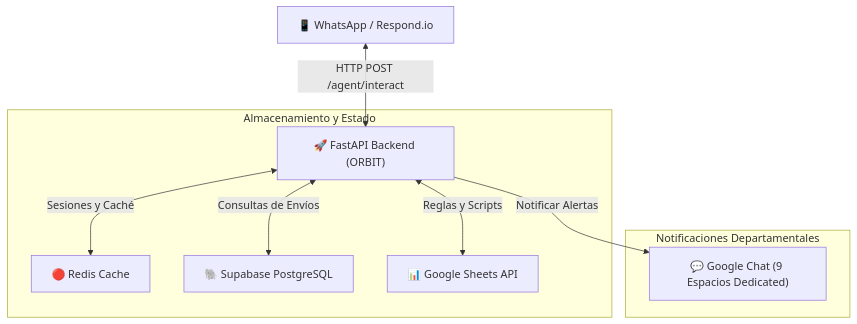
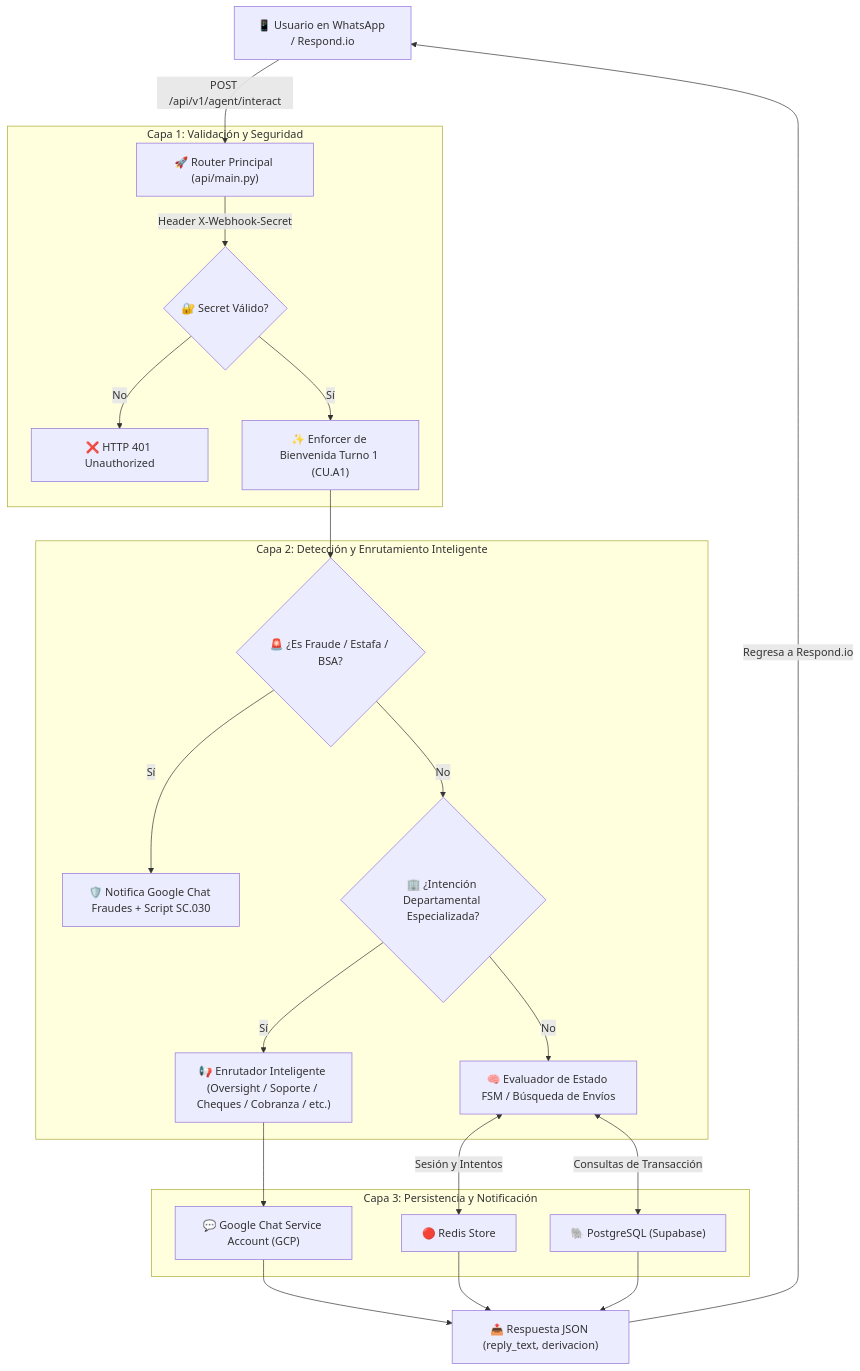
One commit to mxjhurtado-web/Ecosistema-Maxi changed the diagram in Middleware/respondio-middleware/MAPA_ARQUITECTURA_ORBIT.md. Above: the diagram before and after it, drawn with Mermaid. The commit also changed other lines of this file, not shown here.

Commit message:
docs: actualizar Manual Canonico de Arquitectura y Referencia Backend ORBIT v4.7

````diff
--- a/Middleware/respondio-middleware/MAPA_ARQUITECTURA_ORBIT.md
+++ b/Middleware/respondio-middleware/MAPA_ARQUITECTURA_ORBIT.md
@@ -11,14 +12,29 @@
 ```mermaid
 flowchart TD
-    WA["📱 WhatsApp / Respond.io"] <-->|HTTP POST /agent/interact| API["🚀 FastAPI Backend (ORBIT)"]
+    A["📱 Usuario en WhatsApp / Respond.io"] -->|POST /api/v1/agent/interact| B["🚀 Router Principal (api/main.py)"]
     
-    subgraph Almacenamiento y Estado
-        API <-->|Sesiones y Caché| REDIS["🔴 Redis Cache"]
-        API <-->|Consultas de Envíos| SUPA["🐘 Supabase PostgreSQL"]
-        API <-->|Reglas y Scripts| GSHEETS["📊 Google Sheets API"]
+    subgraph Capa 1: Validación y Seguridad
+        B -->|Header X-Webhook-Secret| C{"🔐 Secret Válido?"}
+        C -->|No| D["❌ HTTP 401 Unauthorized"]
+        C -->|Sí| E["✨ Enforcer de Bienvenida Turno 1 (CU.A1)"]
     end
-    
-    subgraph Notificaciones Departamentales
-        API -->|Notificar Alertas| GCHAT["💬 Google Chat (9 Espacios Dedicated)"]
+
+    subgraph Capa 2: Detección y Enrutamiento Inteligente
+        E --> F{"🚨 ¿Es Fraude / Estafa / BSA?"}
+        F -->|Sí| G["🛡️ Notifica Google Chat Fraudes + Script SC.030"]
+        F -->|No| H{"🏢 ¿Intención Departamental Especializada?"}
+        H -->|Sí| I["📢 Enrutador Inteligente (Oversight / Soporte / Cheques / Cobranza / etc.)"]
+        H -->|No| J["🧠 Evaluador de Estado FSM / Búsqueda de Envíos"]
     end
+
+    subgraph Capa 3: Persistencia y Notificación
+        I --> K["💬 Google Chat Service Account (GCP)"]
+        J <-->|Sesión y Intentos| L["🔴 Redis Store"]
+        J <-->|Consultas de Transacción| M["🐘 PostgreSQL (Supabase)"]
+    end
+
+    K --> N["📤 Respuesta JSON (reply_text, derivacion)"]
+    L --> N
+    M --> N
+    N -->|Regresa a Respond.io| A
 ```
````
